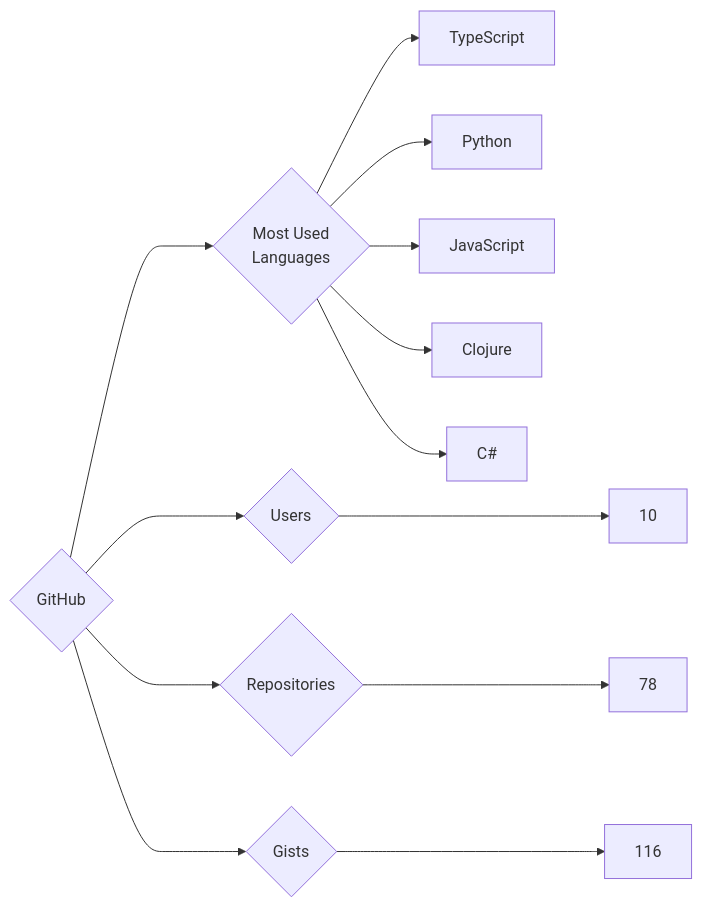
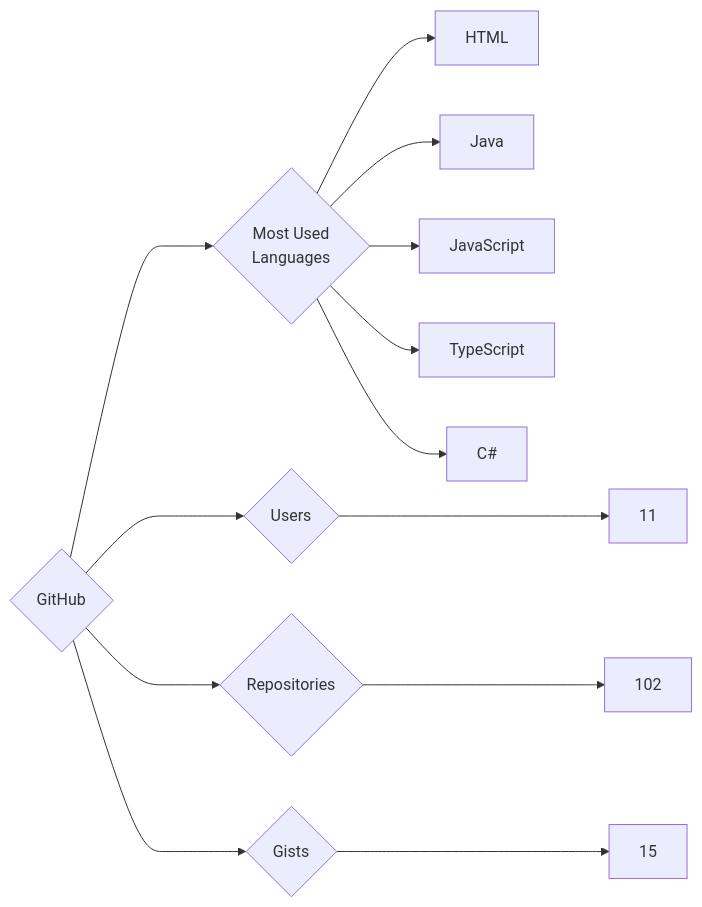
One commit to trickest/insiders changed the diagram in targets/GitHub/README.md. Above: the diagram before and after it, drawn with Mermaid. The commit also changed 1141 other files, not shown here.

````diff
--- a/targets/GitHub/README.md
+++ b/targets/GitHub/README.md
@@ -3,13 +3,13 @@
 ```mermaid
 graph LR
 COMPANY_NAME{GitHub}
-COMPANY_NAME ---> U{Users} ---> UN[10]
-COMPANY_NAME ---> R{Repositories} ---> RN[78]
-COMPANY_NAME ---> G{Gists} ---> GN[116]
+COMPANY_NAME ---> U{Users} ---> UN[11]
+COMPANY_NAME ---> R{Repositories} ---> RN[102]
+COMPANY_NAME ---> G{Gists} ---> GN[15]
 COMPANY_NAME ---> ML{Most Used<br>Languages}
+ML --> HTML[HTML]
+ML --> Java[Java]
+ML --> JavaScript[JavaScript]
 ML --> TypeScript[TypeScript]
-ML --> Python[Python]
-ML --> JavaScript[JavaScript]
-ML --> Clojure[Clojure]
 ML --> C#[C#]
 ```
````
